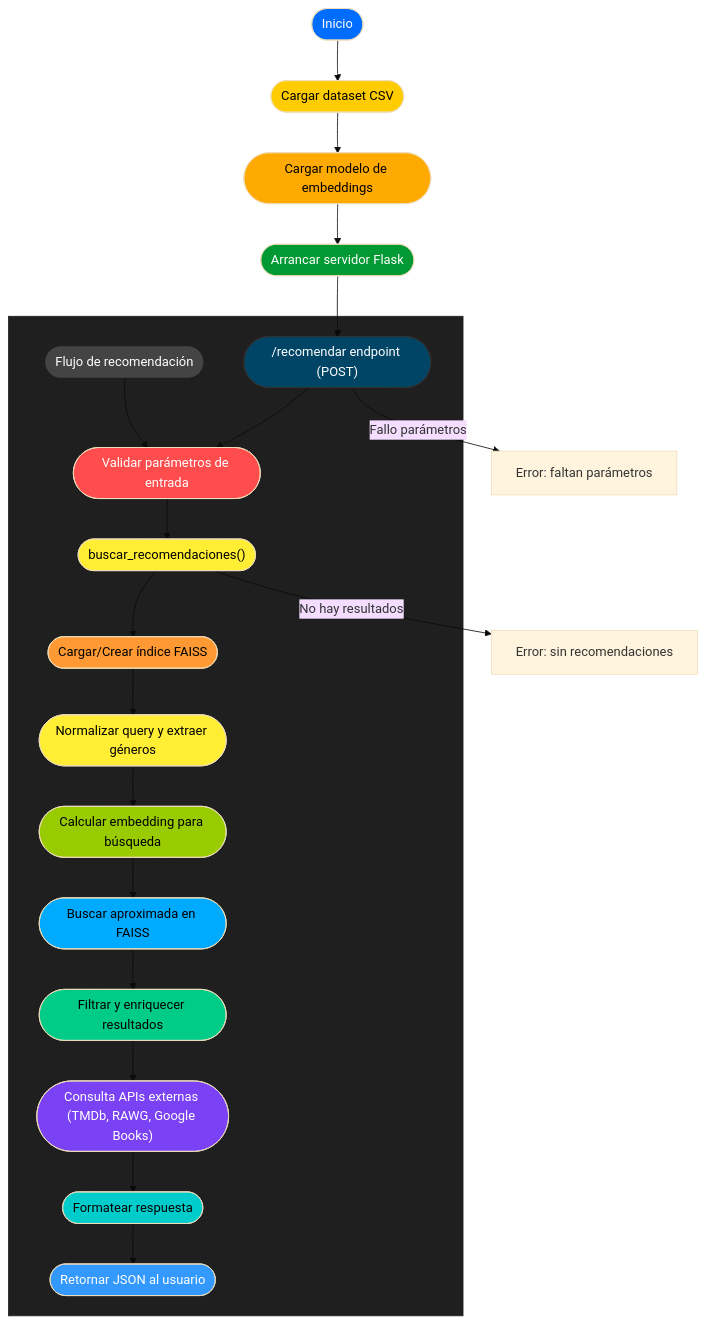
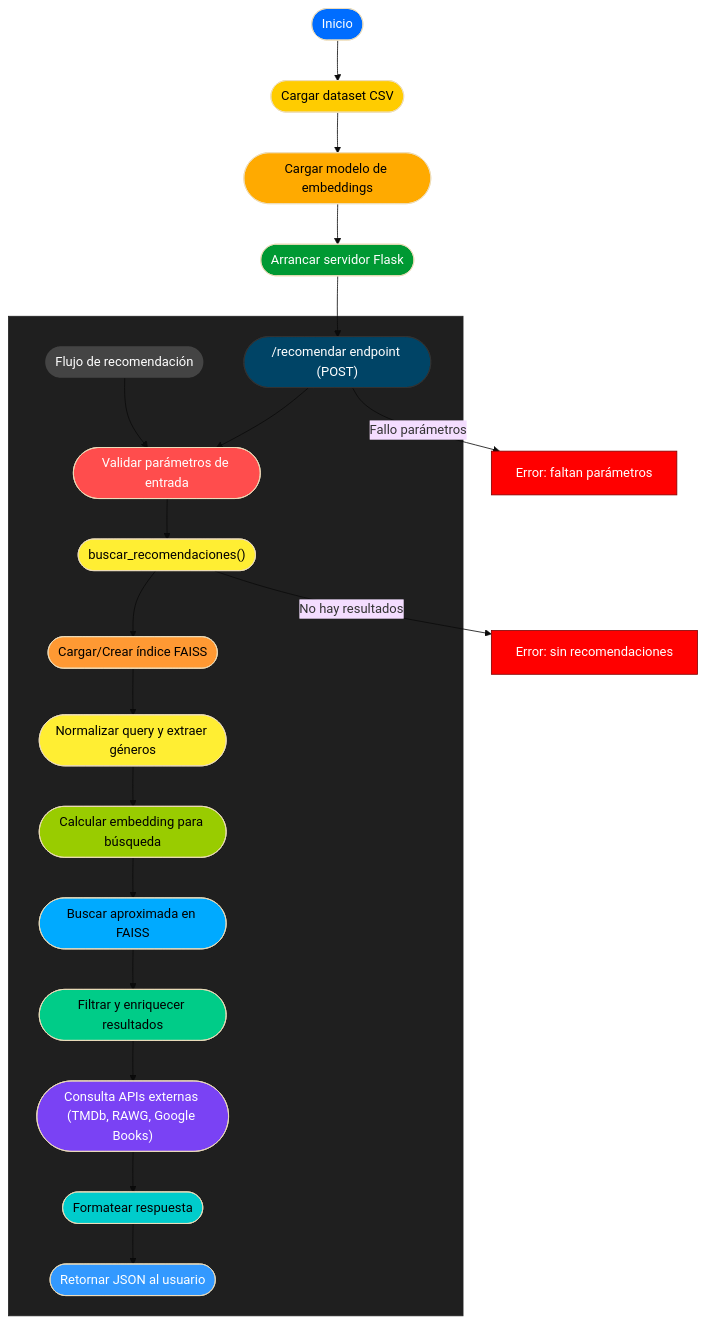
The diagram in README.md (GerardoBlazquez/Sistema-de-Recomendaciones-Cruzadas), drawn with Mermaid (base theme) before and after one commit.

````diff
--- a/README.md
+++ b/README.md
@@ -45,59 +45,62 @@
 ```mermaid
 flowchart TD
     INICIO([Inicio])
     LOAD_DATASET(["Cargar dataset CSV"])
     LOAD_MODEL(["Cargar modelo de embeddings"])
     START_FLASK(["Arrancar servidor Flask"])
     RECOMENDAR_ENDPOINT(["/recomendar endpoint (POST)"])
 
     INICIO --> LOAD_DATASET
     LOAD_DATASET --> LOAD_MODEL
     LOAD_MODEL --> START_FLASK
     START_FLASK --> RECOMENDAR_ENDPOINT
+
 
   subgraph Flujo_de_recomendacion[" "]
     %% Nodo título
     TITULO(["Flujo de recomendación"]):::titulo
 
     %% Conexión fantasma para fijar TITULO arriba
     TITULO --> VALIDA_PARAMS
 
     %% Flujo real
     RECOMENDAR_ENDPOINT --> VALIDA_PARAMS(["Validar parámetros de entrada"])
     VALIDA_PARAMS --> BUSCA_RECOMENDACIONES(["buscar_recomendaciones()"])
     BUSCA_RECOMENDACIONES --> DATOS_INDEX(["Cargar/Crear índice FAISS"])
     DATOS_INDEX --> NORMALIZA_QUERY(["Normalizar query y extraer géneros"])
     NORMALIZA_QUERY --> CALC_EMBEDDING(["Calcular embedding para búsqueda"])
     CALC_EMBEDDING --> FAISS_SEARCH(["Buscar aproximada en FAISS"])
     FAISS_SEARCH --> FILTRA_RESULTADOS(["Filtrar y enriquecer resultados"])
     FILTRA_RESULTADOS --> EXTERNAL_API(["Consulta APIs externas (TMDb, RAWG, Google Books)"])
     EXTERNAL_API --> FORMATEA_RESPONSE(["Formatear respuesta"])
     FORMATEA_RESPONSE --> RETURN_JSON(["Retornar JSON al usuario"])
 end
 
 classDef titulo fill:#444444,color:#ffffff,stroke:none;
+classDef error fill:#ff0000,color:#ffffff,stroke:#800000;
 
-    RECOMENDAR_ENDPOINT -->|Fallo parámetros| ERROR_PARAMS["Error: faltan parámetros"]
-    BUSCA_RECOMENDACIONES -->|No hay resultados| ERROR_NO_RESULTS["Error: sin recomendaciones"]
+RECOMENDAR_ENDPOINT -->|Fallo parámetros| ERROR_PARAMS["Error: faltan parámetros"]:::error
+BUSCA_RECOMENDACIONES -->|No hay resultados| ERROR_NO_RESULTS["Error: sin recomendaciones"]:::error
 
-    %% Estilos con más contraste
-    style INICIO fill:#006dff,color:#ffffff
-    style LOAD_DATASET fill:#ffcc00,color:#000000
-    style LOAD_MODEL fill:#ffaa00,color:#000000
-    style START_FLASK fill:#009933,color:#ffffff
-    style RECOMENDAR_ENDPOINT fill:#004466,stroke:#333,color:#ffffff
+%% Estilos con más contraste
+style INICIO fill:#006dff,color:#ffffff
+style LOAD_DATASET fill:#ffcc00,color:#000000
+style LOAD_MODEL fill:#ffaa00,color:#000000
+style START_FLASK fill:#009933,color:#ffffff
+style RECOMENDAR_ENDPOINT fill:#004466,stroke:#333,color:#ffffff
 
-    style VALIDA_PARAMS fill:#ff4d4d,color:#ffffff
-    style BUSCA_RECOMENDACIONES fill:#ffee33,color:#000000
-    style DATOS_INDEX fill:#ff9933,color:#000000
-    style NORMALIZA_QUERY fill:#ffee33,color:#000000
-    style CALC_EMBEDDING fill:#99cc00,color:#000000
-    style FAISS_SEARCH fill:#00aaff,color:#000000
-    style FILTRA_RESULTADOS fill:#00cc88,color:#000000
-    style EXTERNAL_API fill:#7a42f4,color:#ffffff
-    style FORMATEA_RESPONSE fill:#00cccc,color:#000000
-    style RETURN_JSON fill:#3399ff,color:#ffffff
+style VALIDA_PARAMS fill:#ff4d4d,color:#ffffff
+style BUSCA_RECOMENDACIONES fill:#ffee33,color:#000000
+style DATOS_INDEX fill:#ff9933,color:#000000
+style NORMALIZA_QUERY fill:#ffee33,color:#000000
+style CALC_EMBEDDING fill:#99cc00,color:#000000
+style FAISS_SEARCH fill:#00aaff,color:#000000
+style FILTRA_RESULTADOS fill:#00cc88,color:#000000
+style EXTERNAL_API fill:#7a42f4,color:#ffffff
+style FORMATEA_RESPONSE fill:#00cccc,color:#000000
+style RETURN_JSON fill:#3399ff,color:#ffffff
 
-    %% Color del subgrafo
-    style Flujo_de_recomendacion fill:#1f1f1f,stroke:#222222,color:#ffffff
+%% Color del subgrafo
+style Flujo_de_recomendacion fill:#1f1f1f,stroke:#222222,color:#ffffff
+
 ```
````
